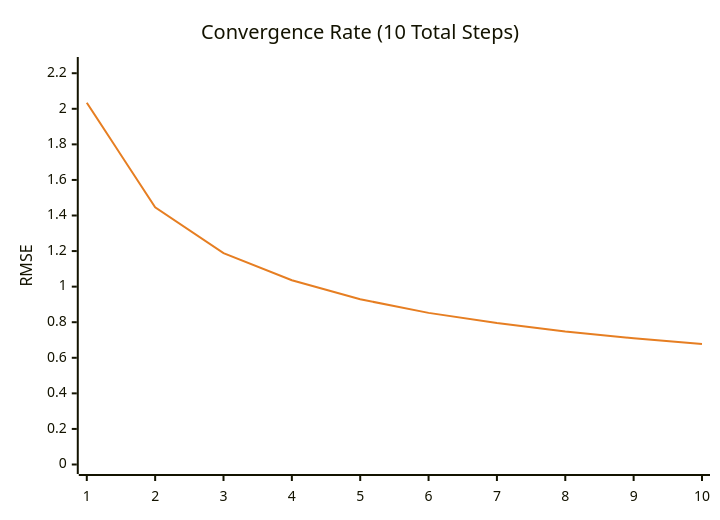
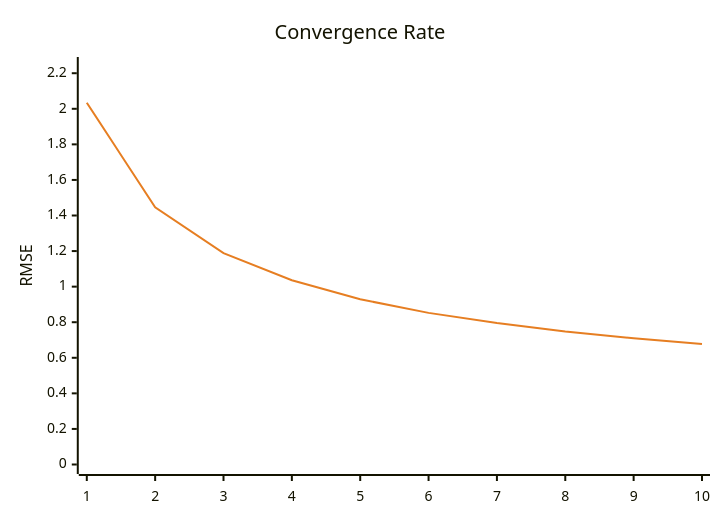
The second of 2 diagrams in README.md (timo-eberl/tracy), drawn with Mermaid before and after one commit. The commit also changed other lines of this file and 3 other files, not shown here.

````diff
--- a/README.md
+++ b/README.md
@@ -25,14 +25,14 @@
 ```mermaid
 ---
 config:
     theme: base
     themeVariables:
         xyChart:
             plotColorPalette: "#e67e22"
 ---
 xychart-beta
-    title "Convergence Rate (10 Total Steps)"
+    title "Convergence Rate"
     x-axis ["1", "2", "3", "4", "5", "6", "7", "8", "9", "10"]
     y-axis "RMSE" 0 --> 2.2378
     line [2.0344, 1.4459, 1.1882, 1.0361, 0.929, 0.8525, 0.7951, 0.7476, 0.7095, 0.678]
 ```
````
